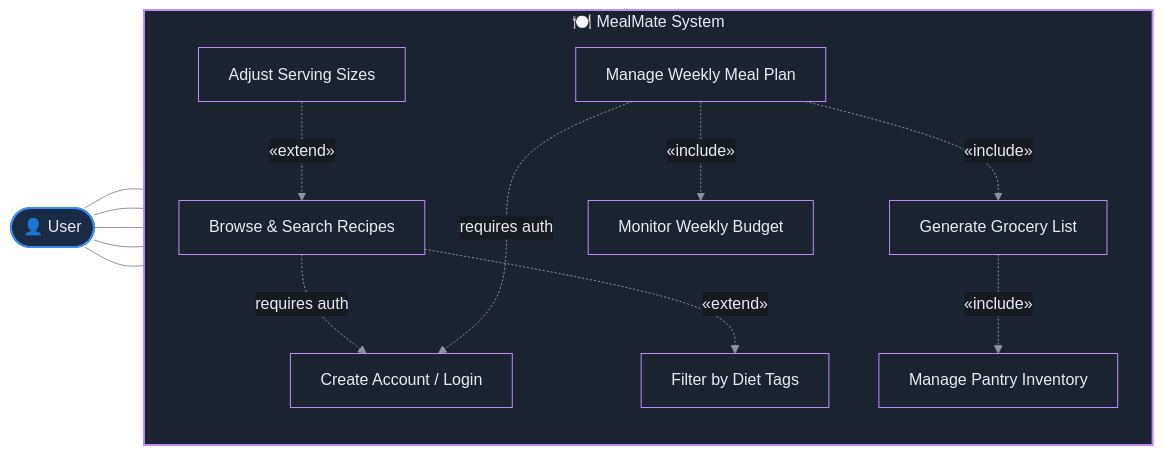
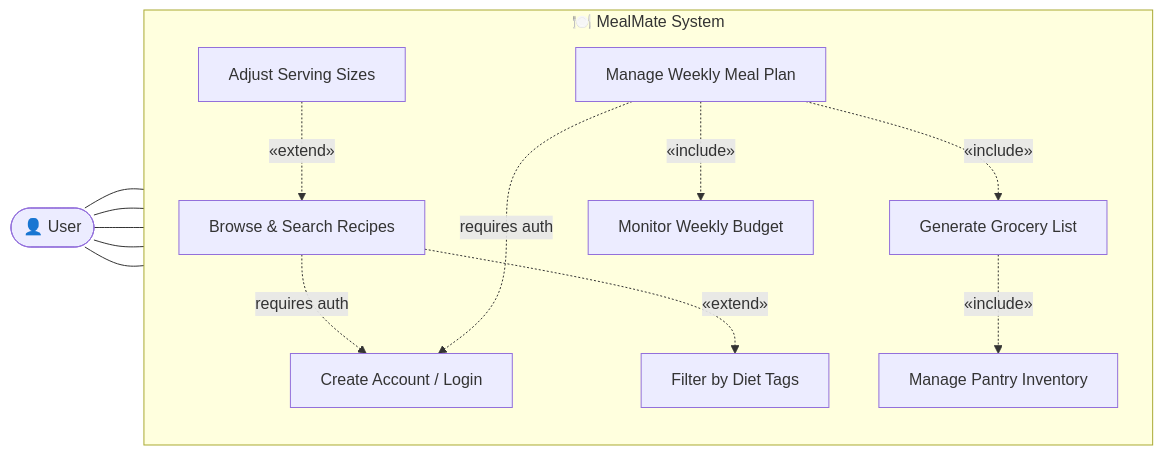
The first of 4 diagrams in docs/UML_DIAGRAMS.md (OmarIUBH/software-engineering-project), drawn with Mermaid before and after one commit. The commit also changed other lines of this file, not shown here.

Commit message:
docs: rewrite UML_DIAGRAMS.md with Mermaid diagrams and explanations

````diff
--- a/docs/UML_DIAGRAMS.md
+++ b/docs/UML_DIAGRAMS.md
@@ -390,55 +11,30 @@
-          <div class="mermaid">
-            %%{init: {
-            'theme': 'base',
-            'themeVariables': {
-            'background': '#161b22',
-            'primaryColor': '#1c2330',
-            'primaryTextColor': '#e6edf3',
-            'primaryBorderColor': '#bc8cff',
-            'lineColor': '#8b949e',
-            'secondaryColor': '#1c2330',
-            'tertiaryColor': '#1c2330',
-            'edgeLabelBackground': '#161b22',
-            'fontFamily': 'Inter, sans-serif'
-            }
-            }}%%
-            graph LR
-            User(["👤 User"])
+```mermaid
+graph LR
+    User(["👤 User"])
 
-            subgraph MealMate["🍽️ MealMate System"]
-            direction TB
-            UC0["Create Account / Login"]
-            UC1["Browse & Search Recipes"]
-            UC2["Filter by Diet Tags"]
-            UC3["Adjust Serving Sizes"]
-            UC4["Manage Weekly Meal Plan"]
-            UC5["Generate Grocery List"]
-            UC6["Manage Pantry Inventory"]
-            UC7["Monitor Weekly Budget"]
-            end
+    subgraph MealMate["🍽️ MealMate System"]
+        direction TB
+        UC0["Create Account / Login"]
+        UC1["Browse & Search Recipes"]
+        UC2["Filter by Diet Tags"]
+        UC3["Adjust Serving Sizes"]
+        UC4["Manage Weekly Meal Plan"]
+        UC5["Generate Grocery List"]
+        UC6["Manage Pantry Inventory"]
+        UC7["Monitor Weekly Budget"]
+    end
 
-            User --- UC0
-            User --- UC1
-            User --- UC3
-            User --- UC4
-            User --- UC6
+    User --- UC0
+    User --- UC1
+    User --- UC3
+    User --- UC4
+    User --- UC6
 
-            UC1 -.->|requires auth| UC0
-            UC4 -.->|requires auth| UC0
-            UC1 -.->|«extend»| UC2
-            UC3 -.->|«extend»| UC1
-            UC4 -.->|«include»| UC5
-            UC5 -.->|«include»| UC6
-            UC4 -.->|«include»| UC7
-
-            style MealMate fill:#1c2330,stroke:#bc8cff,stroke-width:2px,color:#e6edf3
-            style User fill:#192b45,stroke:#3d8bea,stroke-width:2px,color:#e6edf3
-            style UC0 fill:#1c2330,stroke:#bc8cff,stroke-width:1px,color:#e6edf3
-            style UC1 fill:#1c2330,stroke:#bc8cff,stroke-width:1px,color:#e6edf3
-            style UC2 fill:#1c2330,stroke:#bc8cff,stroke-width:1px,color:#e6edf3
-            style UC3 fill:#1c2330,stroke:#bc8cff,stroke-width:1px,color:#e6edf3
-            style UC4 fill:#1c2330,stroke:#bc8cff,stroke-width:1px,color:#e6edf3
-            style UC5 fill:#1c2330,stroke:#bc8cff,stroke-width:1px,color:#e6edf3
-            style UC6 fill:#1c2330,stroke:#bc8cff,stroke-width:1px,color:#e6edf3
-            style UC7 fill:#1c2330,stroke:#bc8cff,stroke-width:1px,color:#e6edf3
-          </div>
+    UC1 -.->|requires auth| UC0
+    UC4 -.->|requires auth| UC0
+    UC1 -.->|«extend»| UC2
+    UC3 -.->|«extend»| UC1
+    UC4 -.->|«include»| UC5
+    UC5 -.->|«include»| UC6
+    UC4 -.->|«include»| UC7
+```
````
